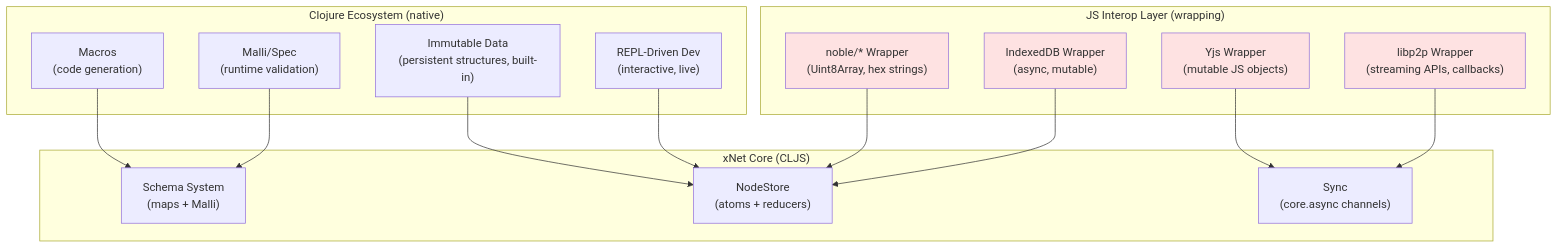
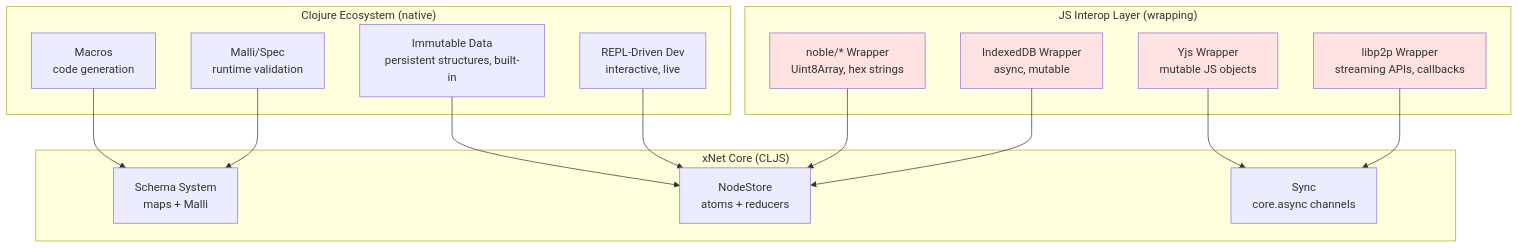
One commit to crs48/xNet changed the second of 8 diagrams in docs/explorations/CLOJURE_PORT.md. Above: the diagram before and after it, drawn with Mermaid. The commit also changed other lines of this file and 21 other files, not shown here.

First line of the commit message:
Fix Mermaid parse errors: remove parentheses in flowchart node labels after <br/> tags

````diff
--- a/docs/explorations/CLOJURE_PORT.md
+++ b/docs/explorations/CLOJURE_PORT.md
@@ -43,37 +43,37 @@
 ```mermaid
 flowchart TD
     subgraph "Clojure Ecosystem (native)"
-        CLJ_DATA["Immutable Data<br/>(persistent structures, built-in)"]
-        CLJ_REPL["REPL-Driven Dev<br/>(interactive, live)"]
-        CLJ_MACROS["Macros<br/>(code generation)"]
-        CLJ_SPEC["Malli/Spec<br/>(runtime validation)"]
+        CLJ_DATA["Immutable Data<br/>persistent structures, built-in"]
+        CLJ_REPL["REPL-Driven Dev<br/>interactive, live"]
+        CLJ_MACROS["Macros<br/>code generation"]
+        CLJ_SPEC["Malli/Spec<br/>runtime validation"]
     end
 
     subgraph "JS Interop Layer (wrapping)"
-        INTEROP_YJS["Yjs Wrapper<br/>(mutable JS objects)"]
-        INTEROP_P2P["libp2p Wrapper<br/>(streaming APIs, callbacks)"]
-        INTEROP_CRYPTO["noble/* Wrapper<br/>(Uint8Array, hex strings)"]
-        INTEROP_IDB["IndexedDB Wrapper<br/>(async, mutable)"]
+        INTEROP_YJS["Yjs Wrapper<br/>mutable JS objects"]
+        INTEROP_P2P["libp2p Wrapper<br/>streaming APIs, callbacks"]
+        INTEROP_CRYPTO["noble/* Wrapper<br/>Uint8Array, hex strings"]
+        INTEROP_IDB["IndexedDB Wrapper<br/>async, mutable"]
     end
 
     subgraph "xNet Core (CLJS)"
-        CLJ_SCHEMAS["Schema System<br/>(maps + Malli)"]
-        CLJ_STORE["NodeStore<br/>(atoms + reducers)"]
-        CLJ_SYNC["Sync<br/>(core.async channels)"]
+        CLJ_SCHEMAS["Schema System<br/>maps + Malli"]
+        CLJ_STORE["NodeStore<br/>atoms + reducers"]
+        CLJ_SYNC["Sync<br/>core.async channels"]
     end
 
     CLJ_DATA --> CLJ_STORE
     CLJ_MACROS --> CLJ_SCHEMAS
     CLJ_SPEC --> CLJ_SCHEMAS
     CLJ_REPL --> CLJ_STORE
 
     INTEROP_YJS --> CLJ_SYNC
     INTEROP_P2P --> CLJ_SYNC
     INTEROP_CRYPTO --> CLJ_STORE
     INTEROP_IDB --> CLJ_STORE
 
     style INTEROP_YJS fill:#fee2e2
     style INTEROP_P2P fill:#fee2e2
     style INTEROP_CRYPTO fill:#fee2e2
     style INTEROP_IDB fill:#fee2e2
 ```
````
